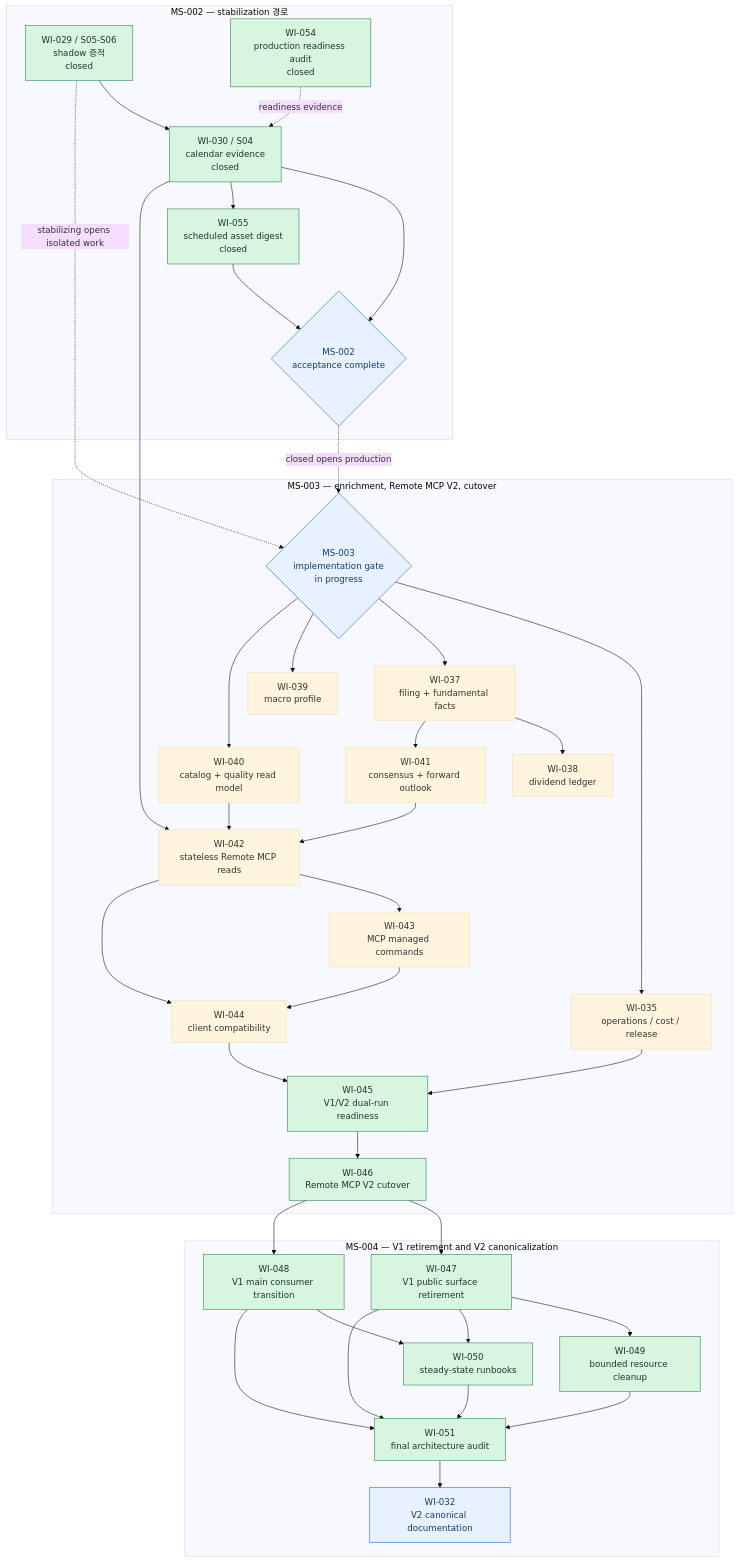
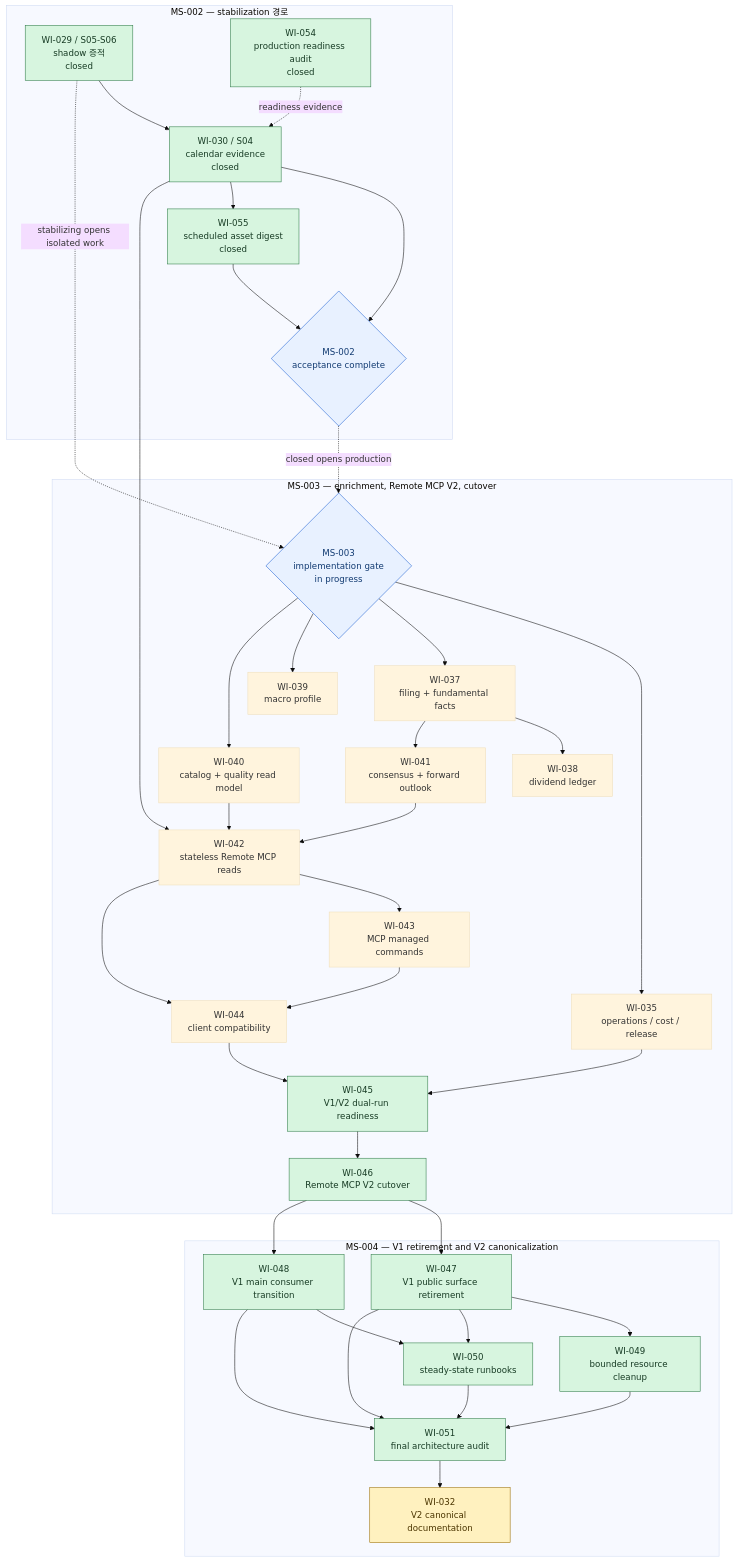
One commit to meringue5/KIS_Portfolio_MCP changed the third of 3 diagrams in docs/milestones/README.md. Above: the diagram before and after it, drawn with Mermaid (base theme). The commit also changed other lines of this file and 3 other files, not shown here.

````diff
--- a/docs/milestones/README.md
+++ b/docs/milestones/README.md
@@ -142,82 +142,82 @@
 ```mermaid
 flowchart TB
     subgraph M2["MS-002 — stabilization 경로"]
         W29["WI-029 / S05-S06<br/>shadow 증적<br/>closed"]
         W30["WI-030 / S04<br/>calendar evidence<br/>closed"]
         W54["WI-054<br/>production readiness audit<br/>closed"]
         W55["WI-055<br/>scheduled asset digest<br/>closed"]
         M2DONE{"MS-002<br/>acceptance complete"}
         W29 --> W30 --> M2DONE
         W30 --> W55 --> M2DONE
         W54 -. readiness evidence .-> W30
     end
 
     subgraph M3["MS-003 — enrichment, Remote MCP V2, cutover"]
         M3OPEN{"MS-003<br/>implementation gate<br/>in progress"}
         W35["WI-035<br/>operations / cost / release"]
         W37["WI-037<br/>filing + fundamental facts"]
         W38["WI-038<br/>dividend ledger"]
         W39["WI-039<br/>macro profile"]
         W40["WI-040<br/>catalog + quality read model"]
         W41["WI-041<br/>consensus + forward outlook"]
         W42["WI-042<br/>stateless Remote MCP reads"]
         W43["WI-043<br/>MCP managed commands"]
         W44["WI-044<br/>client compatibility"]
         W45["WI-045<br/>V1/V2 dual-run readiness"]
         W46["WI-046<br/>Remote MCP V2 cutover"]
 
         M3OPEN --> W35
         M3OPEN --> W37
         M3OPEN --> W39
         M3OPEN --> W40
         W37 --> W38
         W37 --> W41
         W30 --> W42
         W40 --> W42
         W41 --> W42
         W42 --> W43
         W42 --> W44
         W43 --> W44
         W35 --> W45
         W44 --> W45 --> W46
     end
 
     subgraph M4["MS-004 — V1 retirement and V2 canonicalization"]
         W47["WI-047<br/>V1 public surface retirement"]
         W48["WI-048<br/>V1 main consumer transition"]
         W49["WI-049<br/>bounded resource cleanup"]
         W50["WI-050<br/>steady-state runbooks"]
         W51["WI-051<br/>final architecture audit"]
         W32["WI-032<br/>V2 canonical documentation"]
 
         W46 --> W47
         W46 --> W48
         W47 --> W49
         W47 --> W50
         W48 --> W50
         W47 --> W51
         W48 --> W51
         W49 --> W51
         W50 --> W51
         W51 --> W32
     end
 
     W29 -. stabilizing opens isolated work .-> M3OPEN
     M2DONE -. closed opens production .-> M3OPEN
 
     classDef active fill:#fff1bf,stroke:#9a6b00,color:#4b3500;
     classDef closed fill:#d7f5df,stroke:#2d7a46,color:#173b24;
     classDef ready fill:#e8f1ff,stroke:#175cd3,color:#123b72;
     classDef blocked fill:#fde2e2,stroke:#b42318,color:#5b1712;
     classDef proposed fill:#eef1f5,stroke:#667085,color:#344054;
     classDef gate fill:#e8f1ff,stroke:#175cd3,color:#123b72;
     class W29,W30,W54,W55 closed;
     class W35,W40 verified;
     class W37,W38,W39,W41,W42,W43,W44 verified;
     class W45 closed;
     class W46,W47,W48,W49 closed;
     class W50 closed;
     class W51 closed;
-    class W32 ready;
+    class W32 active;
     class M2DONE,M3OPEN gate;
 ```
````
